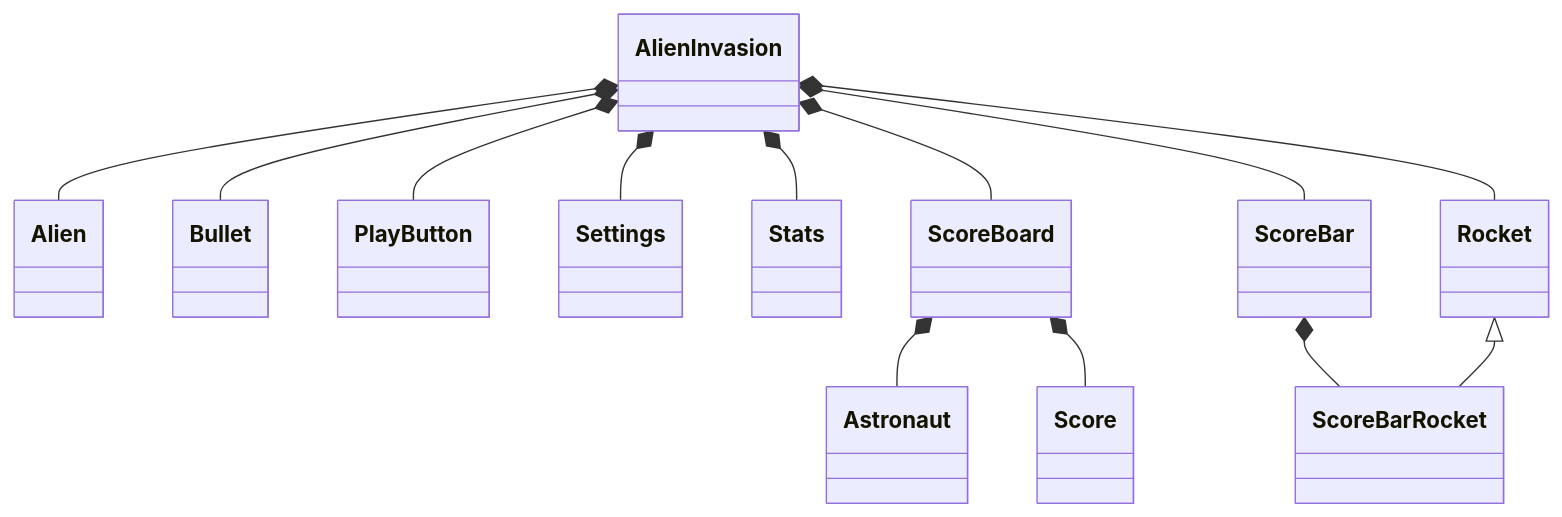
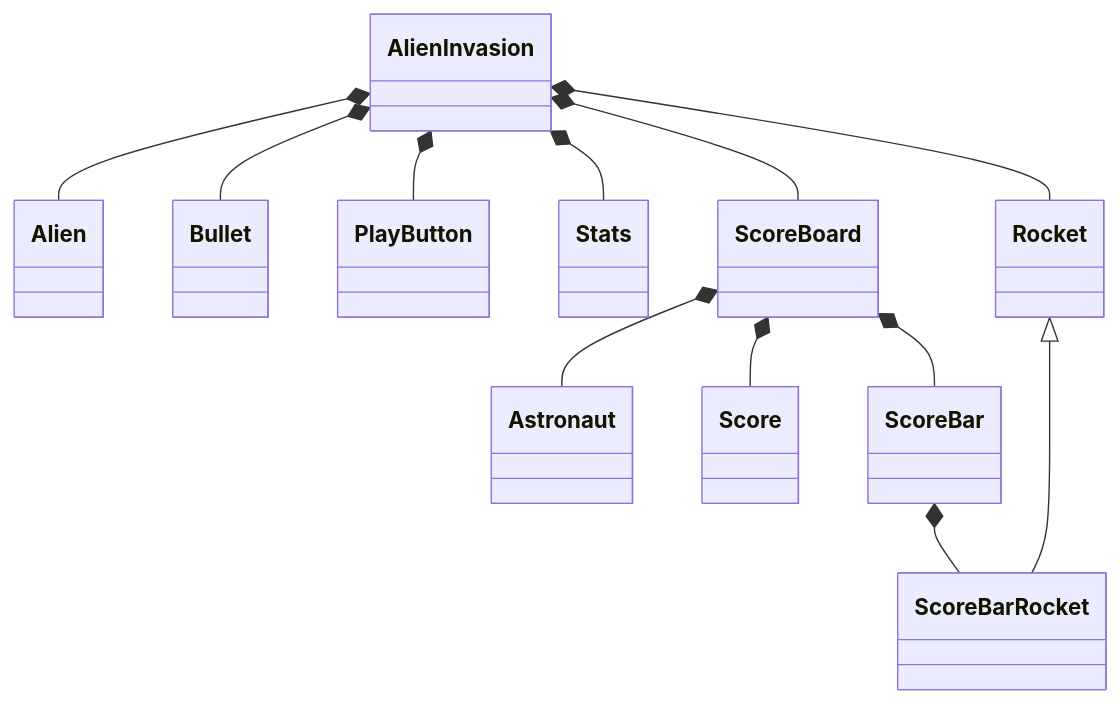
Before and after one commit to LucasDondo/python_crash_course: the diagram in Part 2/Project 1. Alien Invasion/alien_invasion_by_me/README.md, drawn with Mermaid. The commit also changed 9 other files, not shown here.

Commit message:
M2 #61 Moved Settings to each module's specific attributes and ScoreBar to the scoreboard module.

```diff
--- a/Part 2/Project 1. Alien Invasion/alien_invasion_by_me/README.md
+++ b/Part 2/Project 1. Alien Invasion/alien_invasion_by_me/README.md
@@ -2,40 +2,37 @@
 ::: mermaid
 classDiagram
 direction BT
 
 class AlienInvasion
 
 class Alien
 Alien --* AlienInvasion
 
 class Bullet
 Bullet --* AlienInvasion
 
 class PlayButton
 PlayButton --* AlienInvasion
 
-class Settings
-Settings --* AlienInvasion
-
 class Stats
 Stats --* AlienInvasion
 
 class ScoreBoard
 ScoreBoard --* AlienInvasion
 
 class Astronaut
 Astronaut --* ScoreBoard
 
 class Score
 Score --* ScoreBoard
 
 class ScoreBar
-ScoreBar --* AlienInvasion
+ScoreBar --* ScoreBoard
 
 class ScoreBarRocket
 ScoreBarRocket --|> Rocket
 ScoreBarRocket --*  ScoreBar
 
 class Rocket
 Rocket --* AlienInvasion
 :::
```
